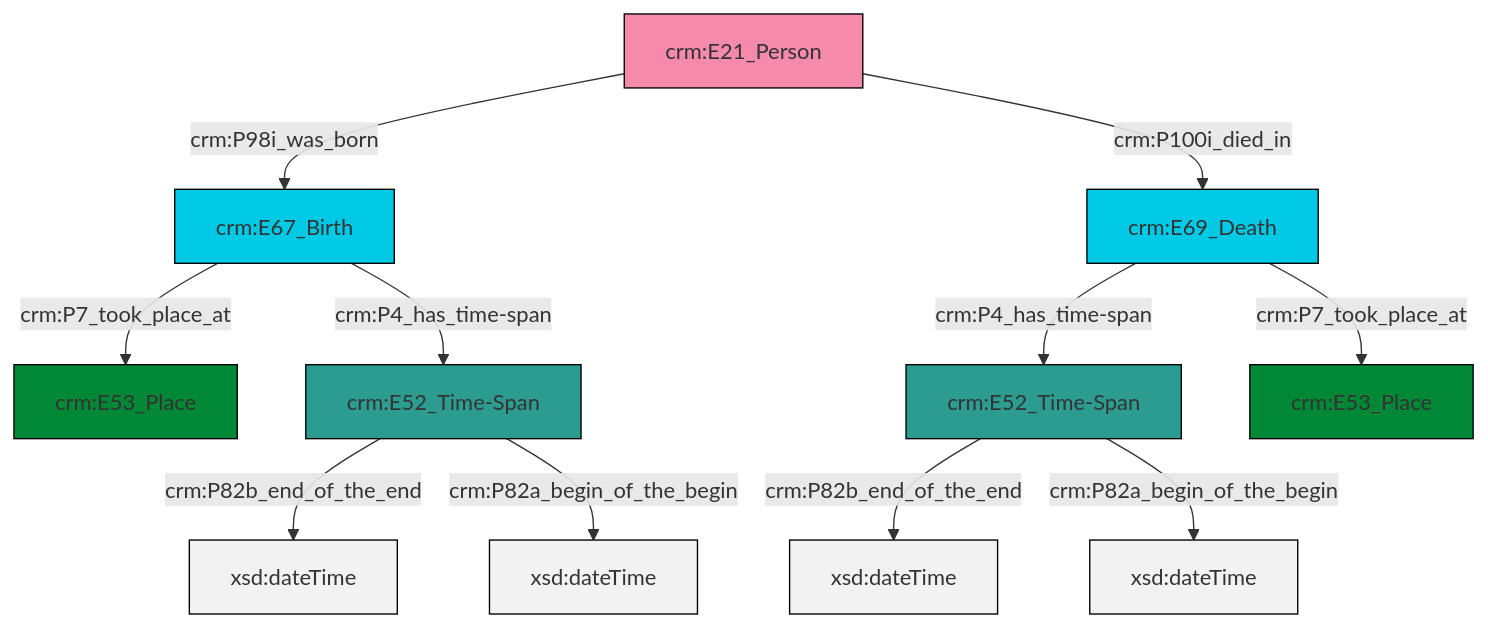
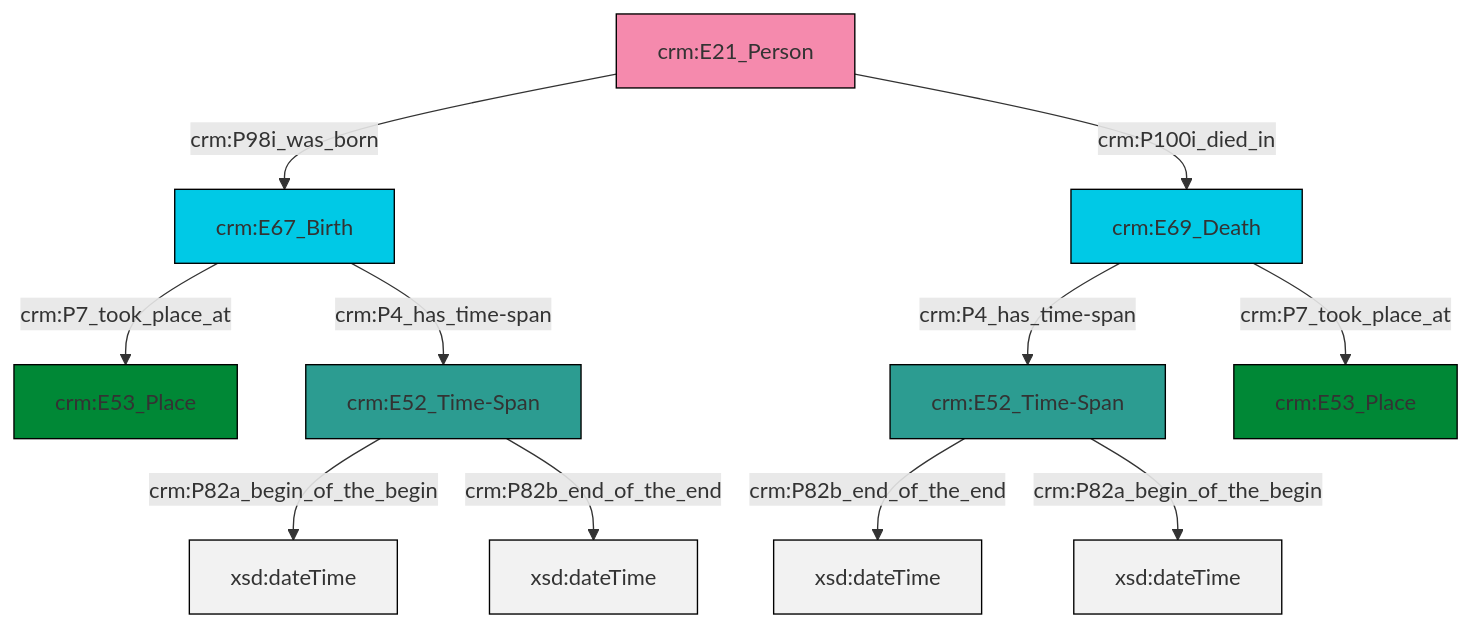
Before and after one commit to swiss-art-research-net/reference-data-models: the diagram in et/personCSV/ttl/mmd/Person_Existence.ttl.mmd, drawn with Mermaid. The commit also changed 146 other files, not shown here.

```diff
--- a/et/personCSV/ttl/mmd/Person_Existence.ttl.mmd
+++ b/et/personCSV/ttl/mmd/Person_Existence.ttl.mmd
@@ -1,25 +1,25 @@
 graph TD
 classDef Literal fill:#f2f2f2,stroke:#000000;
 classDef CRM_Entity fill:#FFFFFF,stroke:#000000;
 classDef Temporal_Entity fill:#00C9E6, stroke:#000000;
 classDef Type fill:#E18312, stroke:#000000;
 classDef Time-Span fill:#2C9C91, stroke:#000000;
 classDef Appellation fill:#FFEB7F, stroke:#000000;
 classDef Place fill:#008836, stroke:#000000;
 classDef Persistent_Item fill:#B266B2, stroke:#000000;
 classDef Conceptual_Object fill:#FFD700, stroke:#000000;
 classDef Physical_Thing fill:#D2B48C, stroke:#000000;
 classDef Actor fill:#f58aad, stroke:#000000;
 classDef PC_Classes fill:#4ce600, stroke:#000000;
 classDef Multi fill:#cccccc,stroke:#000000;
 
-2["crm:E21_Person"]:::Actor -->|crm:P98i_was_born| 3["crm:E67_Birth"]:::Temporal_Entity
-2["crm:E21_Person"]:::Actor -->|crm:P100i_died_in| 4["crm:E69_Death"]:::Temporal_Entity
-4["crm:E69_Death"]:::Temporal_Entity -->|crm:P4_has_time-span| 6["crm:E52_Time-Span"]:::Time-Span
-0["crm:E52_Time-Span"]:::Time-Span -->|crm:P82b_end_of_the_end| 9[xsd:dateTime]:::Literal
-6["crm:E52_Time-Span"]:::Time-Span -->|crm:P82b_end_of_the_end| 10[xsd:dateTime]:::Literal
-3["crm:E67_Birth"]:::Temporal_Entity -->|crm:P7_took_place_at| 7["crm:E53_Place"]:::Place
-4["crm:E69_Death"]:::Temporal_Entity -->|crm:P7_took_place_at| 12["crm:E53_Place"]:::Place
-6["crm:E52_Time-Span"]:::Time-Span -->|crm:P82a_begin_of_the_begin| 15[xsd:dateTime]:::Literal
-3["crm:E67_Birth"]:::Temporal_Entity -->|crm:P4_has_time-span| 0["crm:E52_Time-Span"]:::Time-Span
-0["crm:E52_Time-Span"]:::Time-Span -->|crm:P82a_begin_of_the_begin| 16[xsd:dateTime]:::Literal
+2["crm:E52_Time-Span"]:::Time-Span -->|crm:P82a_begin_of_the_begin| 3[xsd:dateTime]:::Literal
+4["crm:E52_Time-Span"]:::Time-Span -->|crm:P82b_end_of_the_end| 5[xsd:dateTime]:::Literal
+9["crm:E69_Death"]:::Temporal_Entity -->|crm:P7_took_place_at| 10["crm:E53_Place"]:::Place
+6["crm:E67_Birth"]:::Temporal_Entity -->|crm:P4_has_time-span| 2["crm:E52_Time-Span"]:::Time-Span
+2["crm:E52_Time-Span"]:::Time-Span -->|crm:P82b_end_of_the_end| 14[xsd:dateTime]:::Literal
+4["crm:E52_Time-Span"]:::Time-Span -->|crm:P82a_begin_of_the_begin| 15[xsd:dateTime]:::Literal
+11["crm:E21_Person"]:::Actor -->|crm:P98i_was_born| 6["crm:E67_Birth"]:::Temporal_Entity
+6["crm:E67_Birth"]:::Temporal_Entity -->|crm:P7_took_place_at| 0["crm:E53_Place"]:::Place
+9["crm:E69_Death"]:::Temporal_Entity -->|crm:P4_has_time-span| 4["crm:E52_Time-Span"]:::Time-Span
+11["crm:E21_Person"]:::Actor -->|crm:P100i_died_in| 9["crm:E69_Death"]:::Temporal_Entity
```
